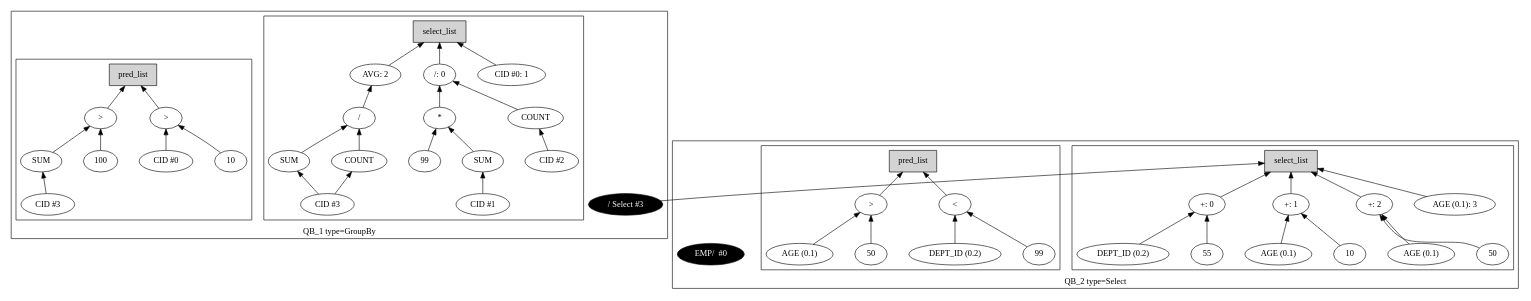
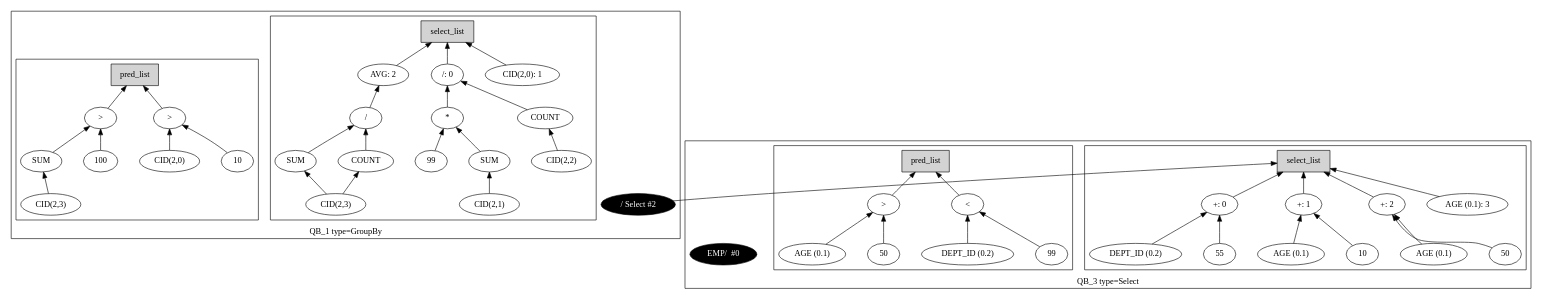
One commit to adarshpannu/kona changed the diagram in qgm_resolved.dot. Above: the diagram before and after it, drawn with Graphviz. The commit also changed 8 other files, not shown here.

```diff
--- a/qgm_resolved.dot
+++ b/qgm_resolved.dot
@@ -1,100 +1,100 @@
 digraph example1 {
     rankdir=BT;
     nodesep=0.5;
     ordering="in";
   subgraph cluster_QB_1 {
     "QB_1_selectlist"[label="select_list",shape=box,style=filled];
   subgraph cluster_select_listQB_1 {
     exprnodeExprId11v1[label="/: 0"];
     exprnodeExprId6v1 -> exprnodeExprId11v1;
     exprnodeExprId6v1[label="*"];
     exprnodeExprId4v1 -> exprnodeExprId6v1;
     exprnodeExprId4v1[label="SUM"];
     exprnodeExprId37v1 -> exprnodeExprId4v1;
-    exprnodeExprId37v1[label="CID #1"];
+    exprnodeExprId37v1[label="CID(2,1)"];
     exprnodeExprId5v1 -> exprnodeExprId6v1;
     exprnodeExprId5v1[label="99"];
     exprnodeExprId10v1 -> exprnodeExprId11v1;
     exprnodeExprId10v1[label="COUNT"];
     exprnodeExprId38v1 -> exprnodeExprId10v1;
-    exprnodeExprId38v1[label="CID #2"];
+    exprnodeExprId38v1[label="CID(2,2)"];
     exprnodeExprId11v1 -> "QB_1_selectlist";
-    exprnodeExprId39v1[label="CID #0: 1"];
+    exprnodeExprId39v1[label="CID(2,0): 1"];
     exprnodeExprId39v1 -> "QB_1_selectlist";
     exprnodeExprId16v1[label="AVG: 2"];
     exprnodeExprId43v1 -> exprnodeExprId16v1;
     exprnodeExprId43v1[label="/"];
     exprnodeExprId41v1 -> exprnodeExprId43v1;
     exprnodeExprId41v1[label="SUM"];
     exprnodeExprId40v1 -> exprnodeExprId41v1;
-    exprnodeExprId40v1[label="CID #3"];
+    exprnodeExprId40v1[label="CID(2,3)"];
     exprnodeExprId42v1 -> exprnodeExprId43v1;
     exprnodeExprId42v1[label="COUNT"];
     exprnodeExprId40v1 -> exprnodeExprId42v1;
-    exprnodeExprId40v1[label="CID #3"];
+    exprnodeExprId40v1[label="CID(2,3)"];
     exprnodeExprId16v1 -> "QB_1_selectlist";
 }
-    "QUN_3"[label="/ Select #3", fillcolor=black, fontcolor=white, style=filled]
+    "QUN_2"[label="/ Select #2", fillcolor=black, fontcolor=white, style=filled]
   subgraph cluster_pred_listQB_1 {
     exprnodeExprId30v1[label=">"];
     exprnodeExprId28v1 -> exprnodeExprId30v1;
     exprnodeExprId28v1[label="SUM"];
     exprnodeExprId44v1 -> exprnodeExprId28v1;
-    exprnodeExprId44v1[label="CID #3"];
+    exprnodeExprId44v1[label="CID(2,3)"];
     exprnodeExprId29v1 -> exprnodeExprId30v1;
     exprnodeExprId29v1[label="100"];
     exprnodeExprId30v1 -> QB_1_pred_list;
     exprnodeExprId35v1[label=">"];
     exprnodeExprId45v1 -> exprnodeExprId35v1;
-    exprnodeExprId45v1[label="CID #0"];
+    exprnodeExprId45v1[label="CID(2,0)"];
     exprnodeExprId34v1 -> exprnodeExprId35v1;
     exprnodeExprId34v1[label="10"];
     exprnodeExprId35v1 -> QB_1_pred_list;
     "QB_1_pred_list"[label="pred_list",shape=box,style=filled];
 }
     label = "QB_1 type=GroupBy";
 }
-    "QUN_3" -> "QB_2_selectlist";
-  subgraph cluster_QB_2 {
-    "QB_2_selectlist"[label="select_list",shape=box,style=filled];
-  subgraph cluster_select_listQB_2 {
+    "QUN_2" -> "QB_3_selectlist";
+  subgraph cluster_QB_3 {
+    "QB_3_selectlist"[label="select_list",shape=box,style=filled];
+  subgraph cluster_select_listQB_3 {
     exprnodeExprId26v1[label="+: 0"];
     exprnodeExprId24v1 -> exprnodeExprId26v1;
     exprnodeExprId24v1[label="DEPT_ID (0.2)"];
     exprnodeExprId25v1 -> exprnodeExprId26v1;
     exprnodeExprId25v1[label="55"];
-    exprnodeExprId26v1 -> "QB_2_selectlist";
+    exprnodeExprId26v1 -> "QB_3_selectlist";
     exprnodeExprId3v1[label="+: 1"];
     exprnodeExprId1v1 -> exprnodeExprId3v1;
     exprnodeExprId1v1[label="AGE (0.1)"];
     exprnodeExprId2v1 -> exprnodeExprId3v1;
     exprnodeExprId2v1[label="10"];
-    exprnodeExprId3v1 -> "QB_2_selectlist";
+    exprnodeExprId3v1 -> "QB_3_selectlist";
     exprnodeExprId9v1[label="+: 2"];
     exprnodeExprId7v1 -> exprnodeExprId9v1;
     exprnodeExprId7v1[label="AGE (0.1)"];
     exprnodeExprId8v1 -> exprnodeExprId9v1;
     exprnodeExprId8v1[label="50"];
-    exprnodeExprId9v1 -> "QB_2_selectlist";
+    exprnodeExprId9v1 -> "QB_3_selectlist";
     exprnodeExprId15v1[label="AGE (0.1): 3"];
-    exprnodeExprId15v1 -> "QB_2_selectlist";
+    exprnodeExprId15v1 -> "QB_3_selectlist";
 }
     "QUN_0"[label="EMP/  #0", fillcolor=black, fontcolor=white, style=filled]
-  subgraph cluster_pred_listQB_2 {
+  subgraph cluster_pred_listQB_3 {
     exprnodeExprId19v1[label=">"];
     exprnodeExprId17v1 -> exprnodeExprId19v1;
     exprnodeExprId17v1[label="AGE (0.1)"];
     exprnodeExprId18v1 -> exprnodeExprId19v1;
     exprnodeExprId18v1[label="50"];
-    exprnodeExprId19v1 -> QB_2_pred_list;
+    exprnodeExprId19v1 -> QB_3_pred_list;
     exprnodeExprId22v1[label="<"];
     exprnodeExprId20v1 -> exprnodeExprId22v1;
     exprnodeExprId20v1[label="DEPT_ID (0.2)"];
     exprnodeExprId21v1 -> exprnodeExprId22v1;
     exprnodeExprId21v1[label="99"];
-    exprnodeExprId22v1 -> QB_2_pred_list;
-    "QB_2_pred_list"[label="pred_list",shape=box,style=filled];
+    exprnodeExprId22v1 -> QB_3_pred_list;
+    "QB_3_pred_list"[label="pred_list",shape=box,style=filled];
 }
-    label = "QB_2 type=Select";
+    label = "QB_3 type=Select";
 }
 }
```
